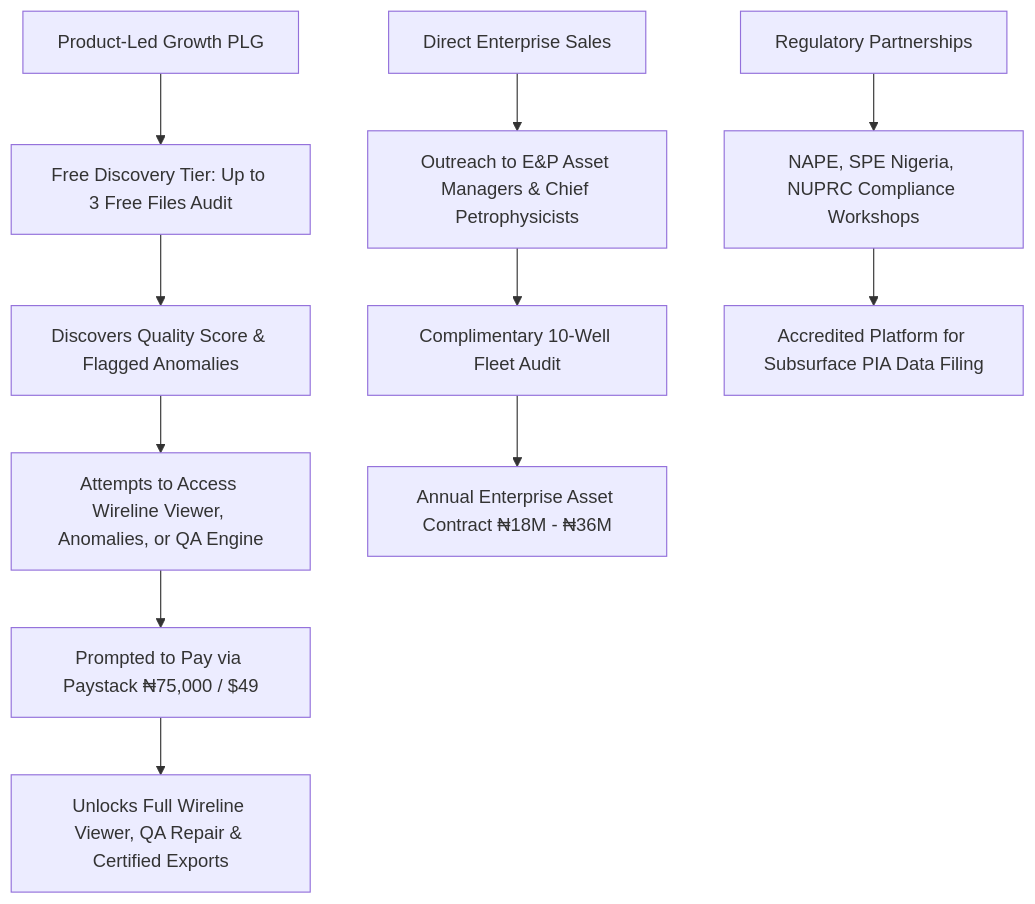
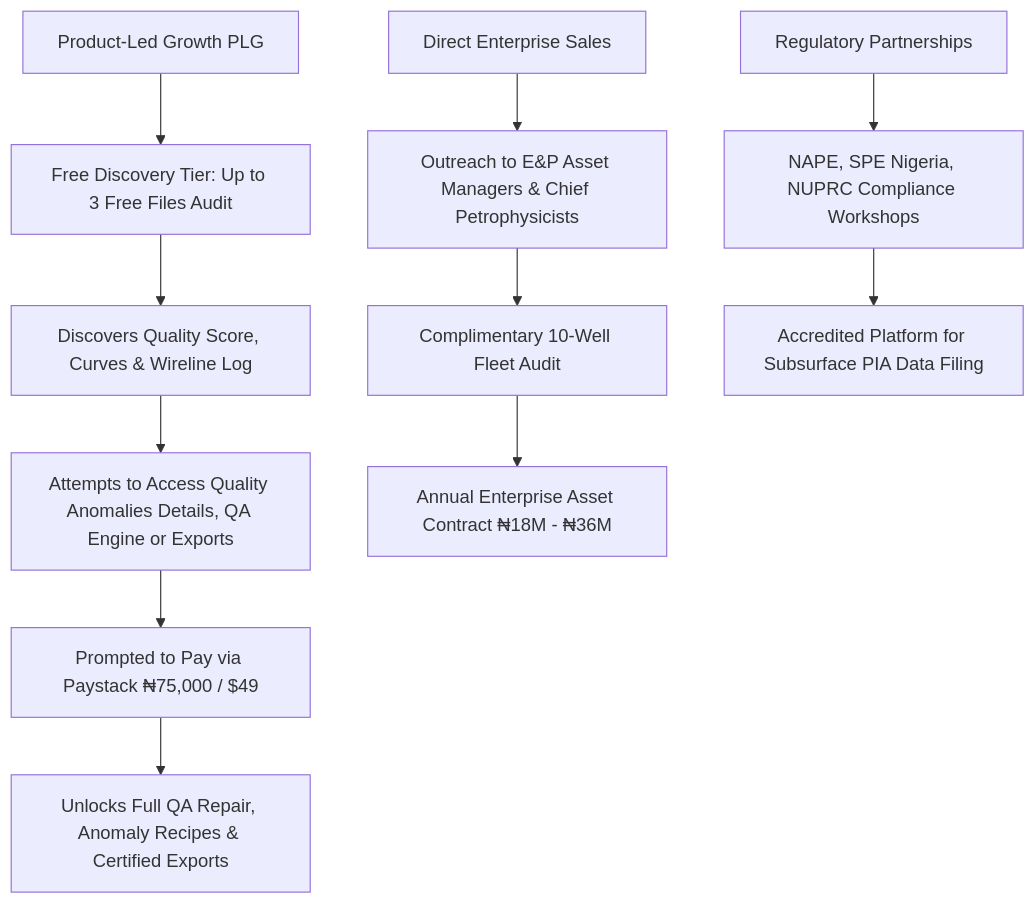
The fourth of 5 diagrams in Documentations/wellqc_business_plan_and_proposal.md (8GUYS/wellqc), drawn with Mermaid before and after one commit. The commit also changed other lines of this file and 9 other files, not shown here.

````diff
--- a/Documentations/wellqc_business_plan_and_proposal.md
+++ b/Documentations/wellqc_business_plan_and_proposal.md
@@ -224,15 +221,15 @@
 ```mermaid
 flowchart TD
     GTM1[Product-Led Growth PLG] --> C1[Free Discovery Tier: Up to 3 Free Files Audit]
-    C1 --> C2[Discovers Quality Score & Flagged Anomalies]
-    C2 --> C3[Attempts to Access Wireline Viewer, Anomalies, or QA Engine]
+    C1 --> C2[Discovers Quality Score, Curves & Wireline Log]
+    C2 --> C3[Attempts to Access Quality Anomalies Details, QA Engine or Exports]
     C3 --> C4[Prompted to Pay via Paystack ₦75,000 / $49]
-    C4 --> C5[Unlocks Full Wireline Viewer, QA Repair & Certified Exports]
+    C4 --> C5[Unlocks Full QA Repair, Anomaly Recipes & Certified Exports]
     
     GTM2[Direct Enterprise Sales] --> D1[Outreach to E&P Asset Managers & Chief Petrophysicists]
     D1 --> D2[Complimentary 10-Well Fleet Audit]
     D2 --> D3[Annual Enterprise Asset Contract ₦18M - ₦36M]
     
     GTM3[Regulatory Partnerships] --> R1[NAPE, SPE Nigeria, NUPRC Compliance Workshops]
     R1 --> R2[Accredited Platform for Subsurface PIA Data Filing]
 ```
````
